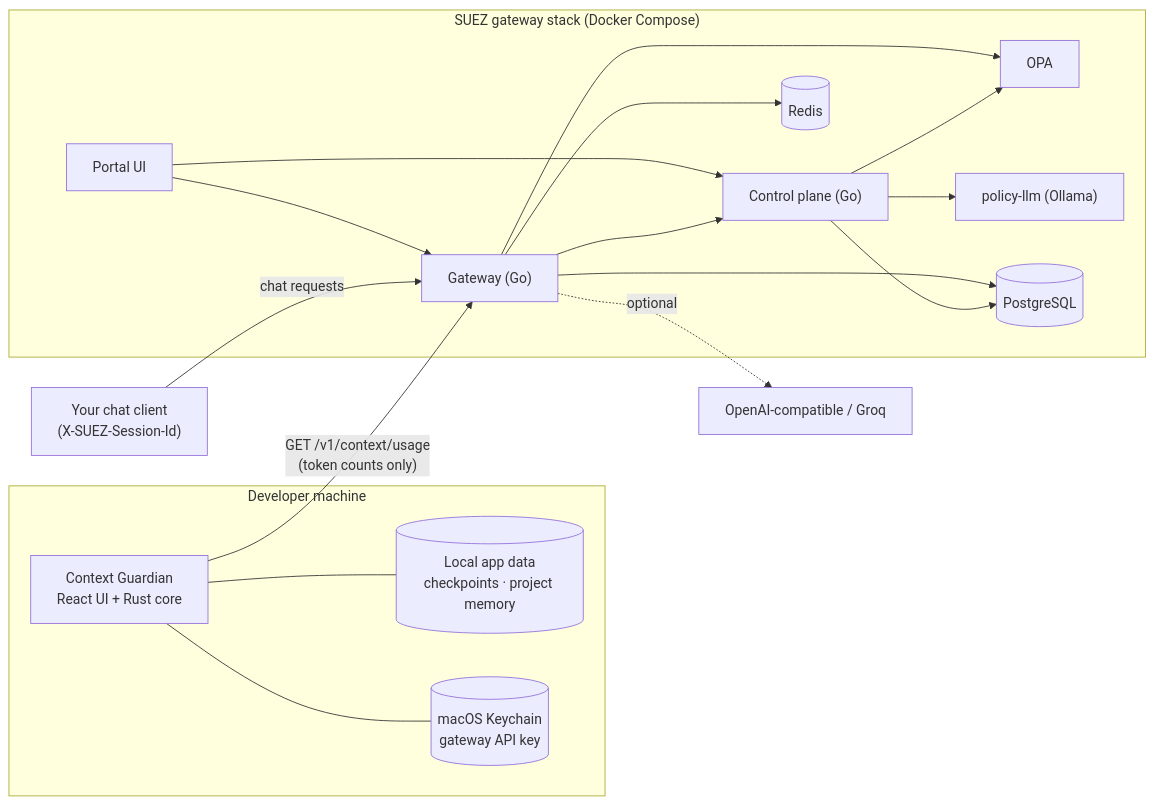
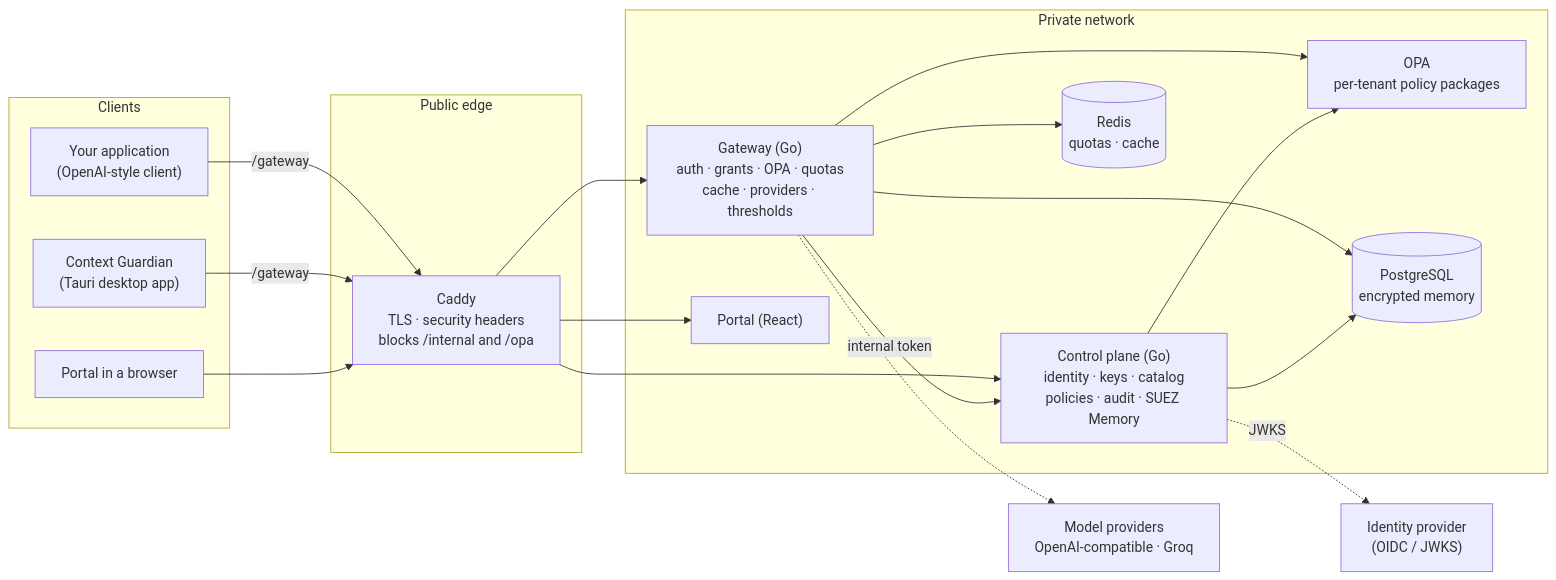
One commit to shushruth21/SUEZ-AI changed the diagram in README.md. Above: the diagram before and after it, drawn with Mermaid. The commit also changed other lines of this file and 24 other files, not shown here.

````diff
--- a/README.md
+++ b/README.md
@@ -143,25 +105,33 @@
 ```mermaid
 flowchart LR
-    subgraph Desktop["Developer machine"]
-        CG["Context Guardian<br/>React UI + Rust core"]
-        Local[("Local app data<br/>checkpoints · project memory")]
-        KC[("macOS Keychain<br/>gateway API key")]
-        CG --- Local
-        CG --- KC
+    subgraph Clients
+        App["Your application<br/>(OpenAI-style client)"]
+        CG["Context Guardian<br/>(Tauri desktop app)"]
+        Browser["Portal in a browser"]
     end
-    subgraph Stack["SUEZ gateway stack (Docker Compose)"]
-        GW["Gateway (Go)"]
-        CP["Control plane (Go)"]
-        Portal["Portal UI"]
-        OPA["OPA"]
-        PLLM["policy-llm (Ollama)"]
-        PG[("PostgreSQL")]
-        RD[("Redis")]
-        Portal --> CP & GW
-        GW --> CP & OPA & PG & RD
-        CP --> PG & OPA & PLLM
+
+    subgraph Edge["Public edge"]
+        Caddy["Caddy<br/>TLS · security headers<br/>blocks /internal and /opa"]
     end
-    Client["Your chat client<br/>(X-SUEZ-Session-Id)"] -->|chat requests| GW
-    CG -->|"GET /v1/context/usage<br/>(token counts only)"| GW
-    GW -.->|optional| Providers["OpenAI-compatible / Groq"]
+
+    subgraph Private["Private network"]
+        GW["Gateway (Go)<br/>auth · grants · OPA · quotas<br/>cache · providers · thresholds"]
+        CP["Control plane (Go)<br/>identity · keys · catalog<br/>policies · audit · SUEZ Memory"]
+        Portal["Portal (React)"]
+        OPA["OPA<br/>per-tenant policy packages"]
+        PG[("PostgreSQL<br/>encrypted memory")]
+        RD[("Redis<br/>quotas · cache")]
+    end
+
+    IdP["Identity provider<br/>(OIDC / JWKS)"]
+    LLM["Model providers<br/>OpenAI-compatible · Groq"]
+
+    App & CG -->|/gateway| Caddy
+    Browser --> Caddy
+    Caddy --> GW & CP & Portal
+    GW -->|internal token| CP
+    GW --> OPA & RD & PG
+    CP --> PG & OPA
+    CP -.->|JWKS| IdP
+    GW -.-> LLM
 ```
````
